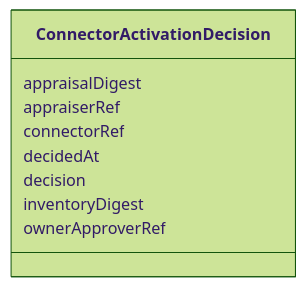
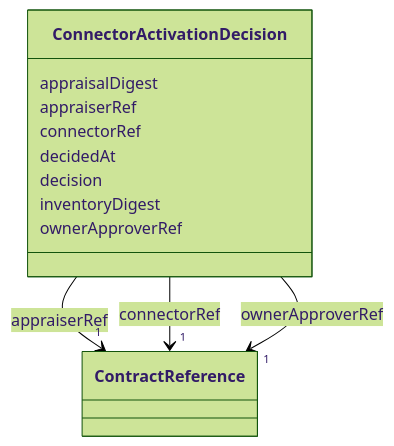
One commit to open4good/jumo-core changed the diagram in metamodel/generated/docs/ConnectorActivationDecision.md. Above: the diagram before and after it, drawn with Mermaid (forest theme). The commit also changed other lines of this file and 33 other files, not shown here.

````diff
--- a/metamodel/generated/docs/ConnectorActivationDecision.md
+++ b/metamodel/generated/docs/ConnectorActivationDecision.md
@@ -23,20 +23,47 @@
 ```mermaid
  classDiagram
     class ConnectorActivationDecision
     click ConnectorActivationDecision href "../ConnectorActivationDecision/"
       ConnectorActivationDecision : appraisalDigest
 
       ConnectorActivationDecision : appraiserRef
 
+
+
+
+
+        ConnectorActivationDecision --> "1" ContractReference : appraiserRef
+        click ContractReference href "../ContractReference/"
+
+
+
       ConnectorActivationDecision : connectorRef
+
+
+
+
+
+        ConnectorActivationDecision --> "1" ContractReference : connectorRef
+        click ContractReference href "../ContractReference/"
+
+
 
       ConnectorActivationDecision : decidedAt
 
       ConnectorActivationDecision : decision
 
       ConnectorActivationDecision : inventoryDigest
 
       ConnectorActivationDecision : ownerApproverRef
 
 
+
+
+
+        ConnectorActivationDecision --> "1" ContractReference : ownerApproverRef
+        click ContractReference href "../ContractReference/"
+
+
+
+
 ```
````
